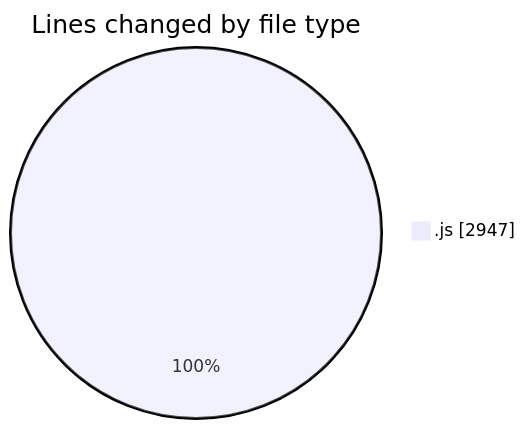
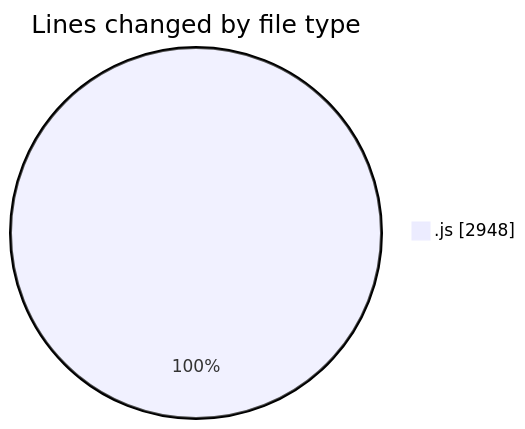
One commit to nxtqubesakshisongat/code-tracking changed the first of 2 diagrams in 2025-09-08/cashcalculator/README.md. Above: the diagram before and after it, drawn with Mermaid. The commit also changed other lines of this file and 1 other file, not shown here.

````diff
--- a/2025-09-08/cashcalculator/README.md
+++ b/2025-09-08/cashcalculator/README.md
@@ -20,5 +20,5 @@
 ```mermaid
 pie showData
 title Lines changed by file type
-".js" : 2947
+".js" : 2948
 ```
````
